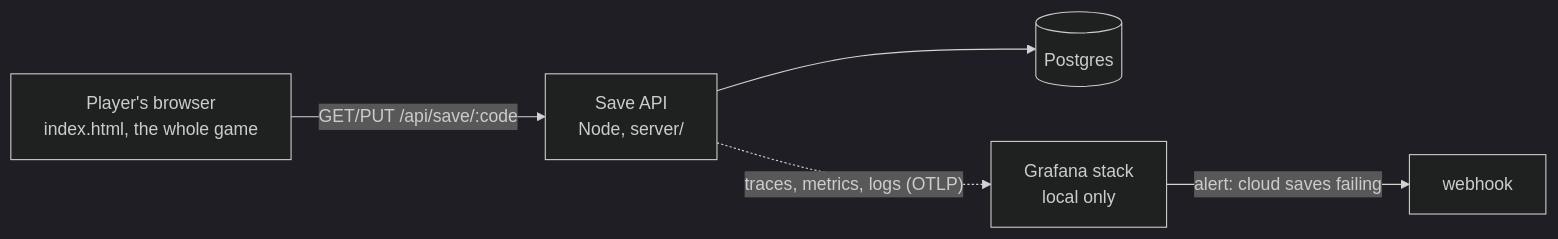
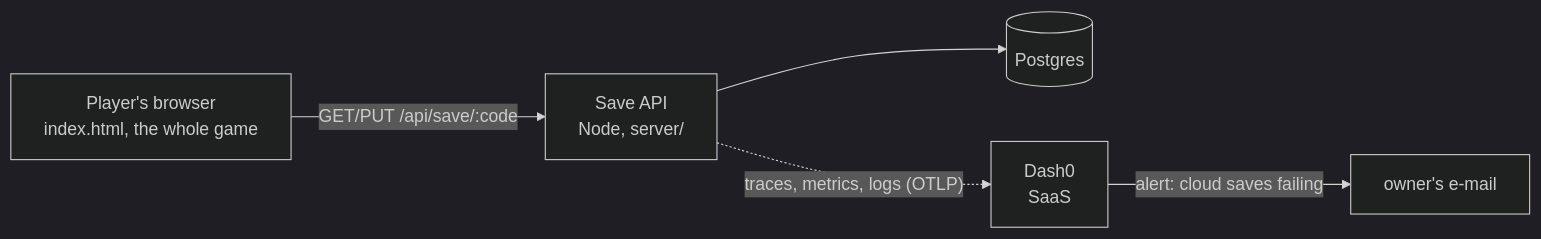
One commit to alexisdacquay/immune-citadel-v4 changed the diagram in README.md. Above: the diagram before and after it, drawn with Mermaid (dark theme). The commit also changed other lines of this file and 14 other files, not shown here.

Commit message:
Telemetry and the alert in Dash0 instead of a local Grafana (#33)

````diff
--- a/README.md
+++ b/README.md
@@ -40,7 +40,7 @@
 ```mermaid
 flowchart LR
     P[Player's browser<br/>index.html, the whole game] -- "GET/PUT /api/save/:code" --> A[Save API<br/>Node, server/]
     A --> D[(Postgres)]
-    A -. "traces, metrics, logs (OTLP)" .-> O[Grafana stack<br/>local only]
-    O -- "alert: cloud saves failing" --> W[webhook]
+    A -. "traces, metrics, logs (OTLP)" .-> O[Dash0<br/>SaaS]
+    O -- "alert: cloud saves failing" --> W[owner's e-mail]
 ```
````
